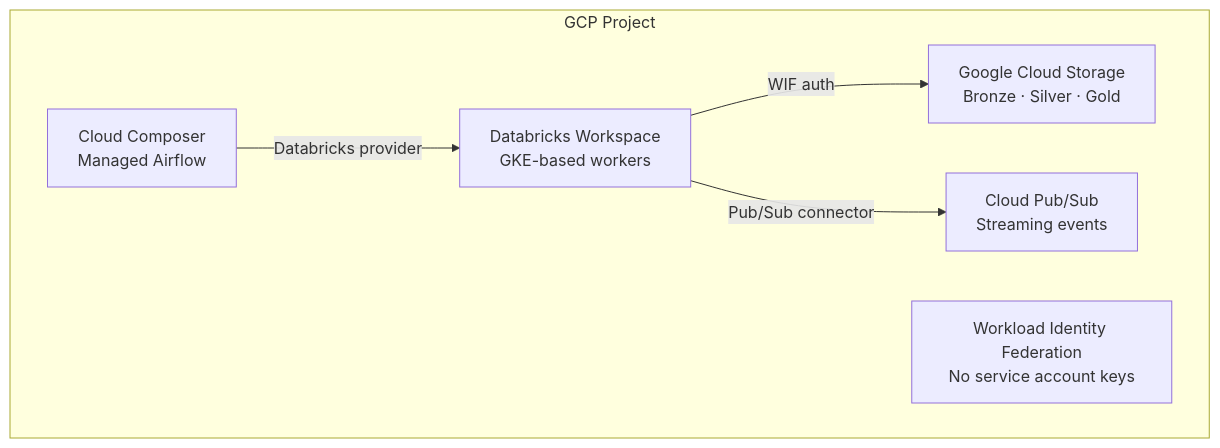
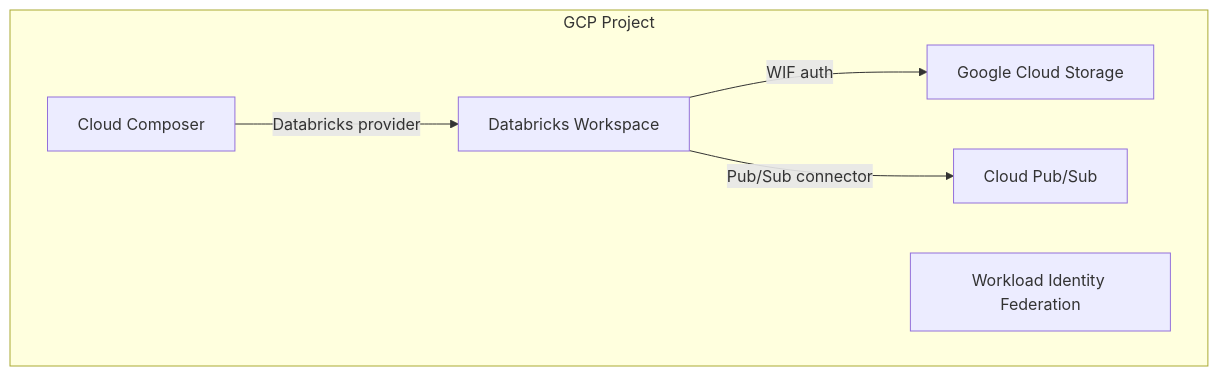
The diagram in 08-cloud-platforms/03-gcp-databricks-setup.md (gcmishra7/data-engineering-helper), drawn with Mermaid before and after one commit. The commit also changed other lines of this file and 57 other files, not shown here.

First line of the commit message:
Shorten mermaid node labels to fix text truncation on GitHub

````diff
--- a/08-cloud-platforms/03-gcp-databricks-setup.md
+++ b/08-cloud-platforms/03-gcp-databricks-setup.md
@@ -5,14 +5,14 @@
 ```mermaid
 graph TD
     subgraph GCP Project
-        DB[Databricks Workspace<br/>GKE-based workers]
-        GCS[Google Cloud Storage<br/>Bronze · Silver · Gold]
-        PS[Cloud Pub/Sub<br/>Streaming events]
-        CC[Cloud Composer<br/>Managed Airflow]
-        WIF[Workload Identity Federation<br/>No service account keys]
+        DB[Databricks Workspace]
+        GCS[Google Cloud Storage]
+        PS[Cloud Pub/Sub]
+        CC[Cloud Composer]
+        WIF[Workload Identity Federation]
     end
 
     DB -->|WIF auth| GCS
     DB -->|Pub/Sub connector| PS
     CC -->|Databricks provider| DB
 ```
````
